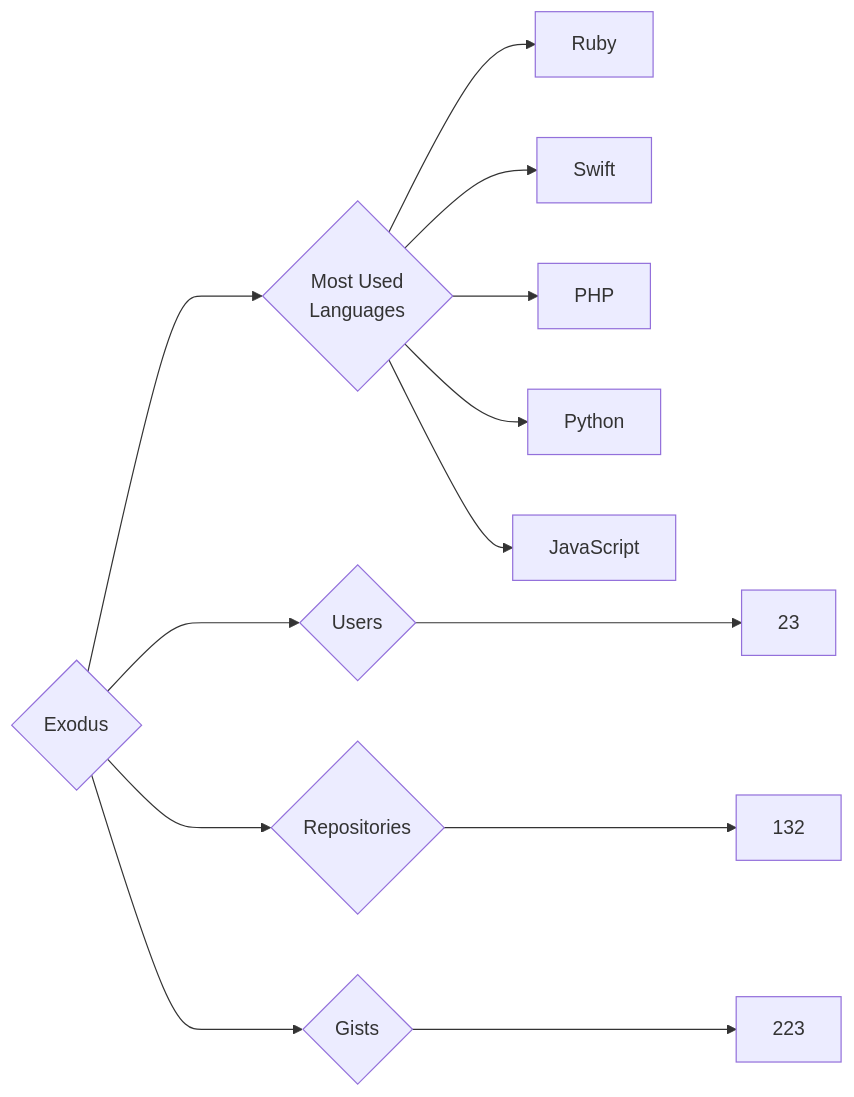
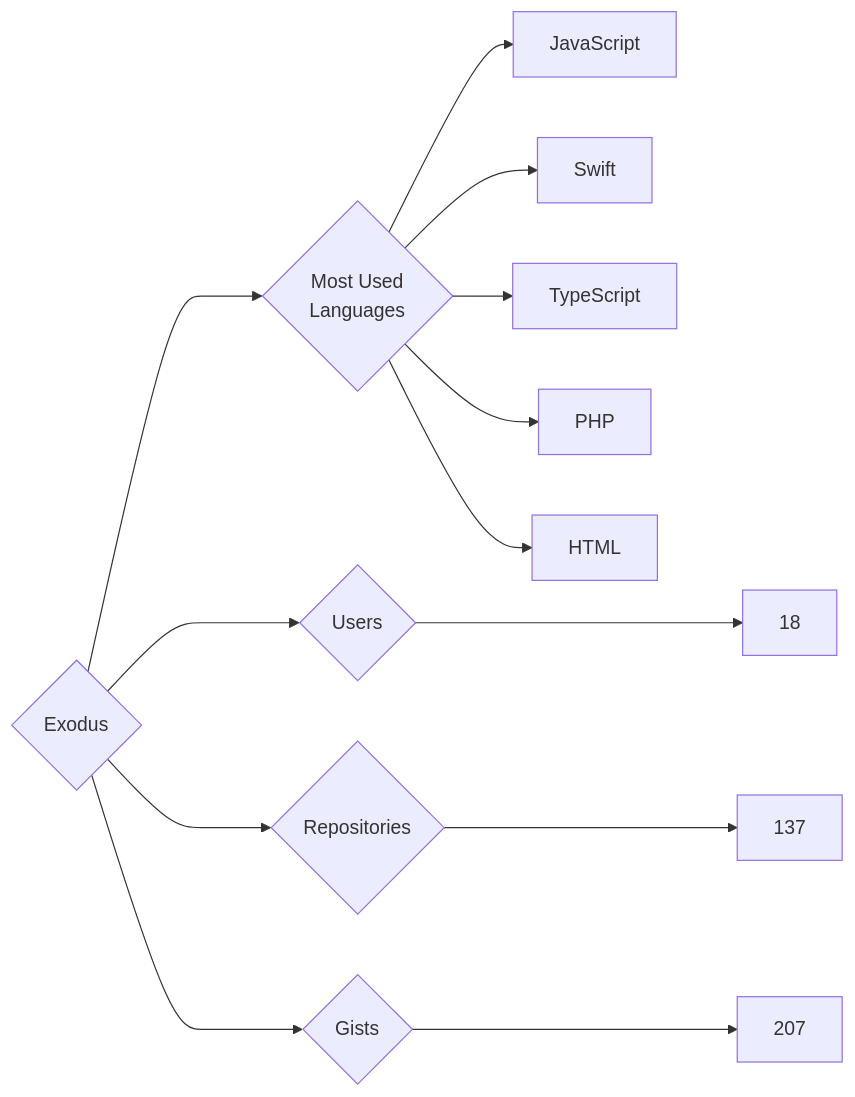
The diagram in targets/Exodus/README.md (trickest/insiders), drawn with Mermaid before and after one commit. The commit also changed 757 other files, not shown here.

````diff
--- a/targets/Exodus/README.md
+++ b/targets/Exodus/README.md
@@ -3,13 +3,13 @@
 ```mermaid
 graph LR
 COMPANY_NAME{Exodus}
-COMPANY_NAME ---> U{Users} ---> UN[23]
-COMPANY_NAME ---> R{Repositories} ---> RN[132]
-COMPANY_NAME ---> G{Gists} ---> GN[223]
+COMPANY_NAME ---> U{Users} ---> UN[18]
+COMPANY_NAME ---> R{Repositories} ---> RN[137]
+COMPANY_NAME ---> G{Gists} ---> GN[207]
 COMPANY_NAME ---> ML{Most Used<br>Languages}
-ML --> Ruby[Ruby]
+ML --> JavaScript[JavaScript]
 ML --> Swift[Swift]
+ML --> TypeScript[TypeScript]
 ML --> PHP[PHP]
-ML --> Python[Python]
-ML --> JavaScript[JavaScript]
+ML --> HTML[HTML]
 ```
````
